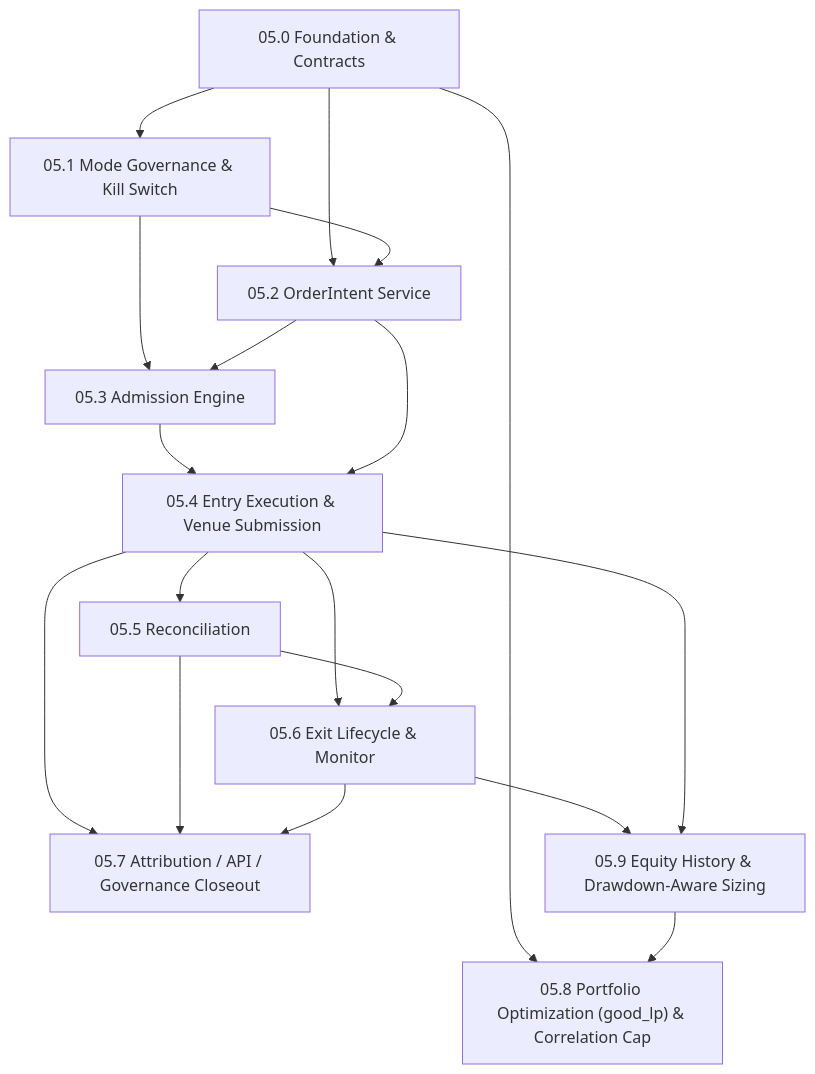
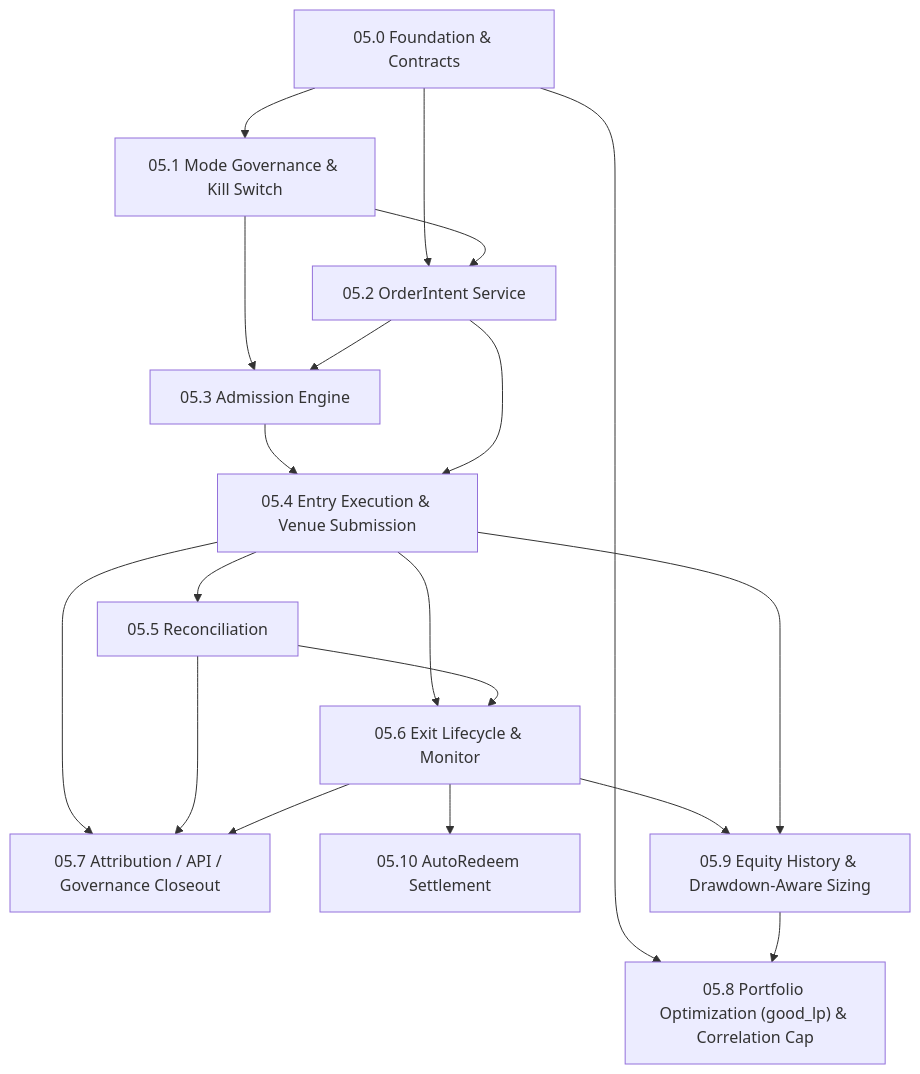
The first of 2 diagrams in docs/plans/quant-pivot/phase-05/README.md (solomon-ssy/oxide-arb), drawn with Mermaid before and after one commit. The commit also changed other lines of this file and 62 other files, not shown here.

````diff
--- a/docs/plans/quant-pivot/phase-05/README.md
+++ b/docs/plans/quant-pivot/phase-05/README.md
@@ -62,20 +63,21 @@
 ```mermaid
 flowchart TD
     P50["05.0 Foundation & Contracts"] --> P51["05.1 Mode Governance & Kill Switch"]
     P50 --> P52["05.2 OrderIntent Service"]
     P51 --> P52
     P51 --> P53["05.3 Admission Engine"]
     P52 --> P53
     P53 --> P54["05.4 Entry Execution & Venue Submission"]
     P52 --> P54
     P54 --> P55["05.5 Reconciliation"]
     P54 --> P56["05.6 Exit Lifecycle & Monitor"]
     P55 --> P56
     P54 --> P57["05.7 Attribution / API / Governance Closeout"]
     P55 --> P57
     P56 --> P57
+    P56 --> P510["05.10 AutoRedeem Settlement"]
     P50 --> P58["05.8 Portfolio Optimization (good_lp) & Correlation Cap"]
     P56 --> P59["05.9 Equity History & Drawdown-Aware Sizing"]
     P54 --> P59
     P59 --> P58
 ```
````
